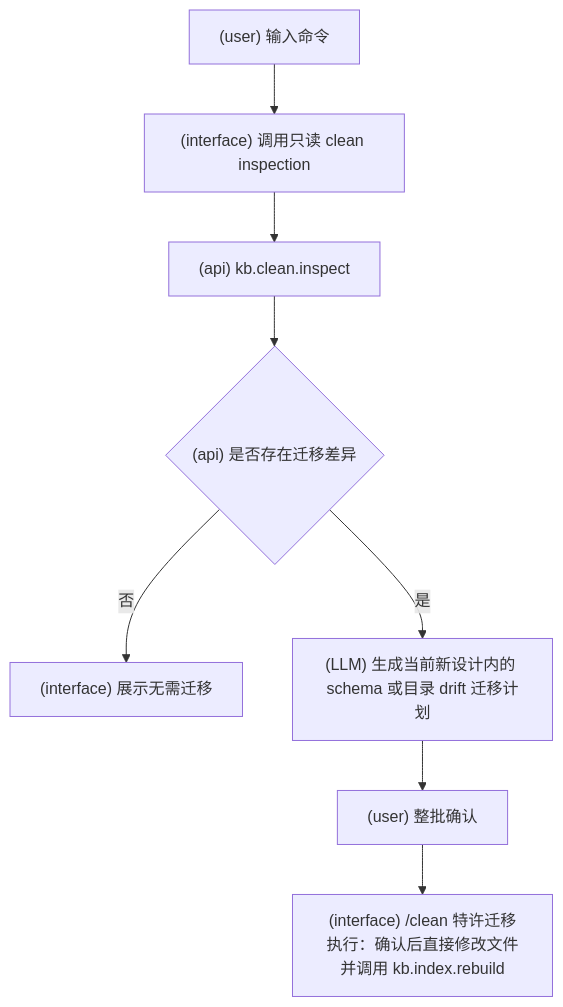
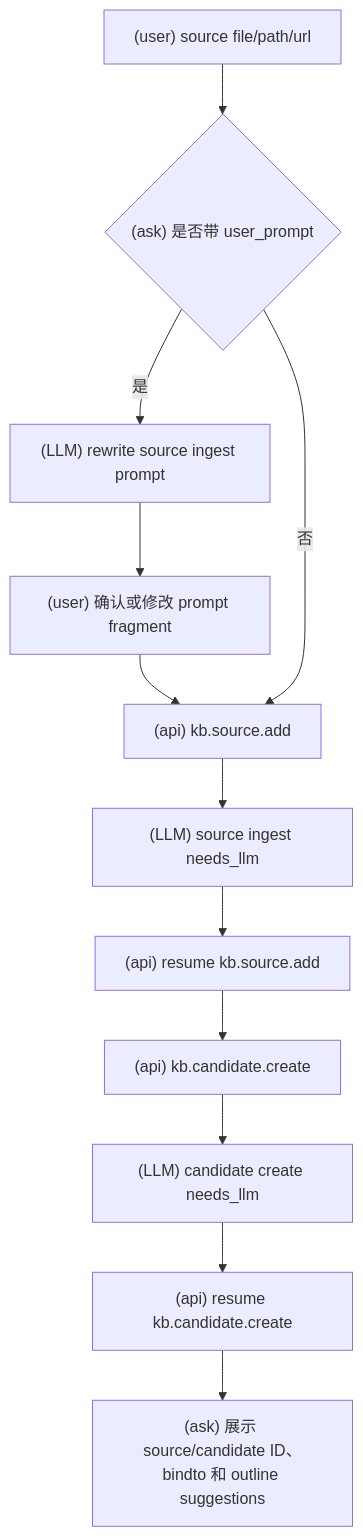
One commit to srangerme/KBManager changed the second of 4 diagrams in docs/SlashCommand流程图.md. Above: the diagram before and after it, drawn with Mermaid. The commit also changed other lines of this file and 50 other files, not shown here.

````diff
--- a/docs/SlashCommand流程图.md
+++ b/docs/SlashCommand流程图.md
@@ -71,10 +52,14 @@
 ```mermaid
 flowchart TD
-  A["(user) 输入命令"] --> B["(interface) 调用只读 clean inspection"]
-  B --> C["(api) kb.clean.inspect"]
-  C --> D{"(api) 是否存在迁移差异"}
-  D -- 否 --> E["(interface) 展示无需迁移"]
-  D -- 是 --> F["(LLM) 生成当前新设计内的 schema 或目录 drift 迁移计划"]
-  F --> G["(user) 整批确认"]
-  G --> H["(interface) /clean 特许迁移执行：确认后直接修改文件并调用 kb.index.rebuild"]
+  A["(user) source file/path/url"] --> B{"(ask) 是否带 user_prompt"}
+  B -- 是 --> C["(LLM) rewrite source ingest prompt"]
+  C --> D["(user) 确认或修改 prompt fragment"]
+  D --> E["(api) kb.source.add"]
+  B -- 否 --> E
+  E --> G["(LLM) source ingest needs_llm"]
+  G --> H["(api) resume kb.source.add"]
+  H --> I["(api) kb.candidate.create"]
+  I --> J["(LLM) candidate create needs_llm"]
+  J --> K["(api) resume kb.candidate.create"]
+  K --> L["(ask) 展示 source/candidate ID、bindto 和 outline suggestions"]
 ```
````
